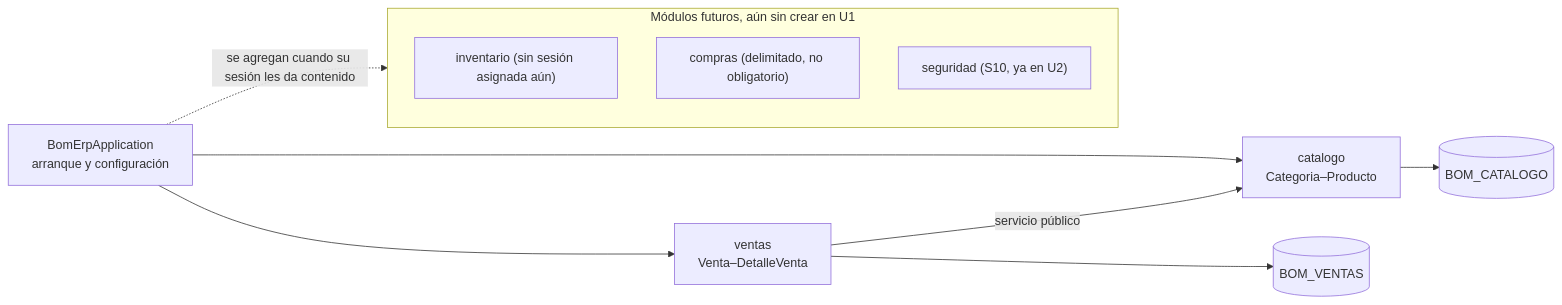
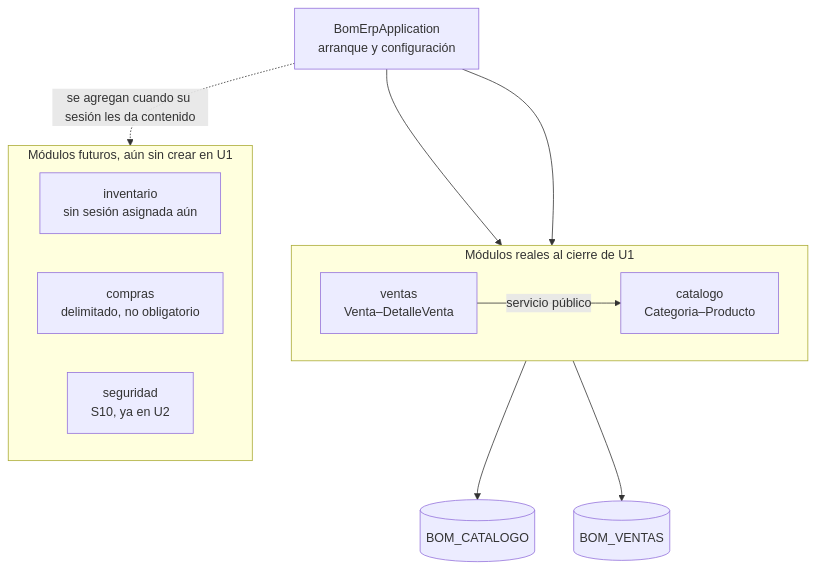
The third of 3 diagrams in docs/proyecto-integrador/u1/ads-producto.md (262ciclo4/bomerp), drawn with Mermaid before and after one commit.

Commit message:
S5: Evaluacion unidad 1

````diff
--- a/docs/proyecto-integrador/u1/ads-producto.md
+++ b/docs/proyecto-integrador/u1/ads-producto.md
@@ -75,24 +75,28 @@
 ```mermaid
-flowchart LR
+flowchart TB
     APP[BomErpApplication<br/>arranque y configuración]
-    CAT[catalogo<br/>Categoria–Producto]
-    VEN[ventas<br/>Venta–DetalleVenta]
 
-    subgraph FUT[Módulos futuros, aún sin crear en U1]
-        INV["inventario (sin sesión asignada aún)"]
-        COM["compras (delimitado, no obligatorio)"]
-        SEG["seguridad (S10, ya en U2)"]
+    subgraph REAL[Módulos reales al cierre de U1]
+        direction LR
+        CAT[catalogo<br/>Categoria–Producto]
+        VEN[ventas<br/>Venta–DetalleVenta]
     end
 
     SCAT[(BOM_CATALOGO)]
     SVEN[(BOM_VENTAS)]
 
+    subgraph FUT[Módulos futuros, aún sin crear en U1]
+        direction LR
+        INV[inventario<br/>sin sesión asignada aún]
+        COM[compras<br/>delimitado, no obligatorio]
+        SEG[seguridad<br/>S10, ya en U2]
+    end
+
     APP --> CAT
     APP --> VEN
-    APP -. se agregan cuando su sesión les da contenido .-> FUT
-
     VEN -->|servicio público| CAT
-
     CAT --> SCAT
     VEN --> SVEN
+
+    APP -. se agregan cuando su sesión les da contenido .-> FUT
 ```
````
